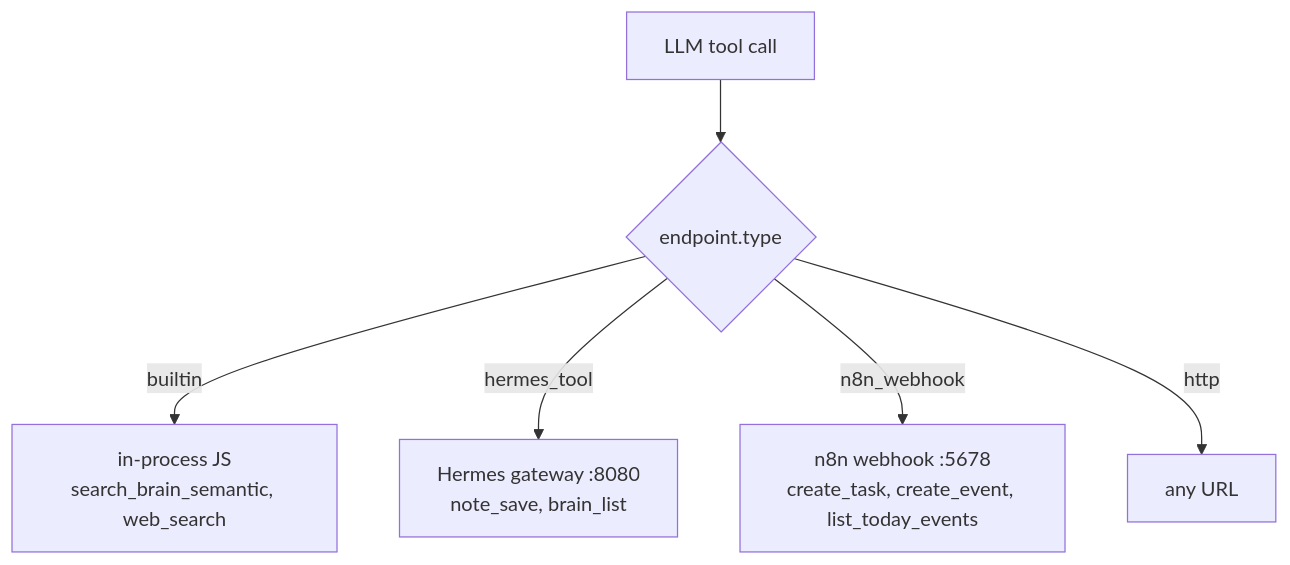
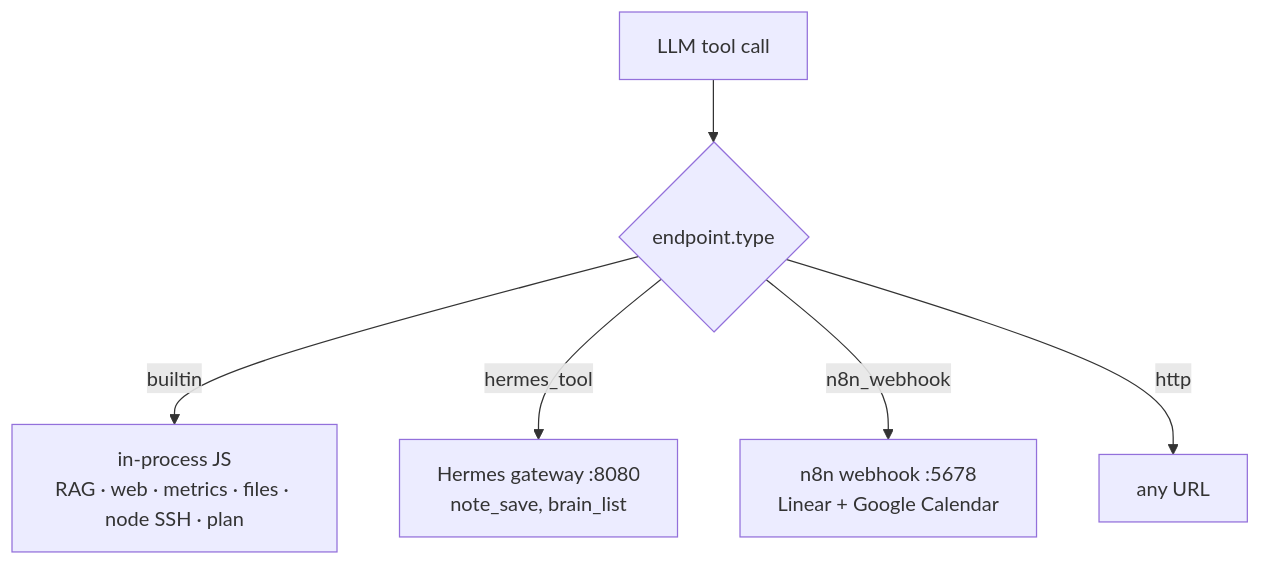
One commit to SethSterling22/Productivity_Tools changed the eighth of 11 diagrams in docs/ARCHITECTURE.md. Above: the diagram before and after it, drawn with Mermaid. The commit also changed other lines of this file and 6 other files, not shown here.

````diff
--- a/docs/ARCHITECTURE.md
+++ b/docs/ARCHITECTURE.md
@@ -260,8 +311,8 @@
 ```mermaid
 flowchart TD
   call[LLM tool call] --> type{endpoint.type}
-  type -->|builtin| bi[in-process JS<br/>search_brain_semantic, web_search]
+  type -->|builtin| bi[in-process JS<br/>RAG · web · metrics · files · node SSH · plan]
   type -->|hermes_tool| hm[Hermes gateway :8080<br/>note_save, brain_list]
-  type -->|n8n_webhook| nw[n8n webhook :5678<br/>create_task, create_event, list_today_events]
+  type -->|n8n_webhook| nw[n8n webhook :5678<br/>Linear + Google Calendar]
   type -->|http| ht[any URL]
 ```
````
